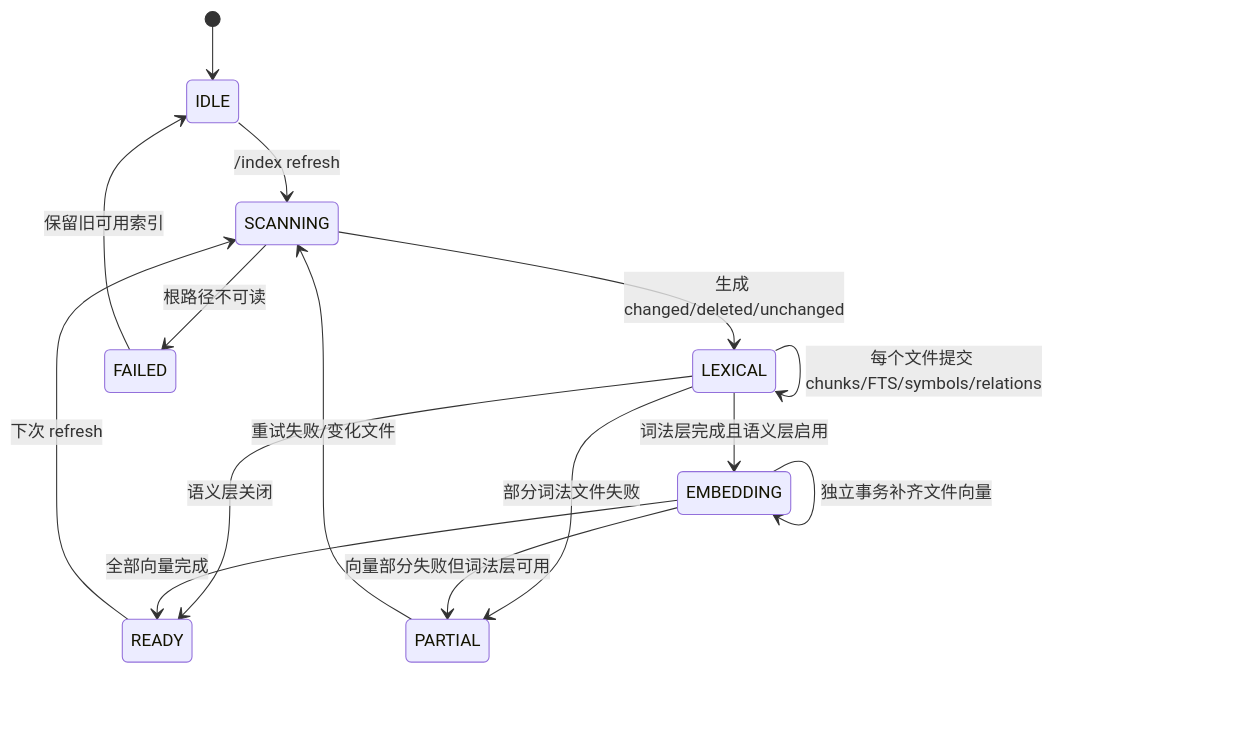
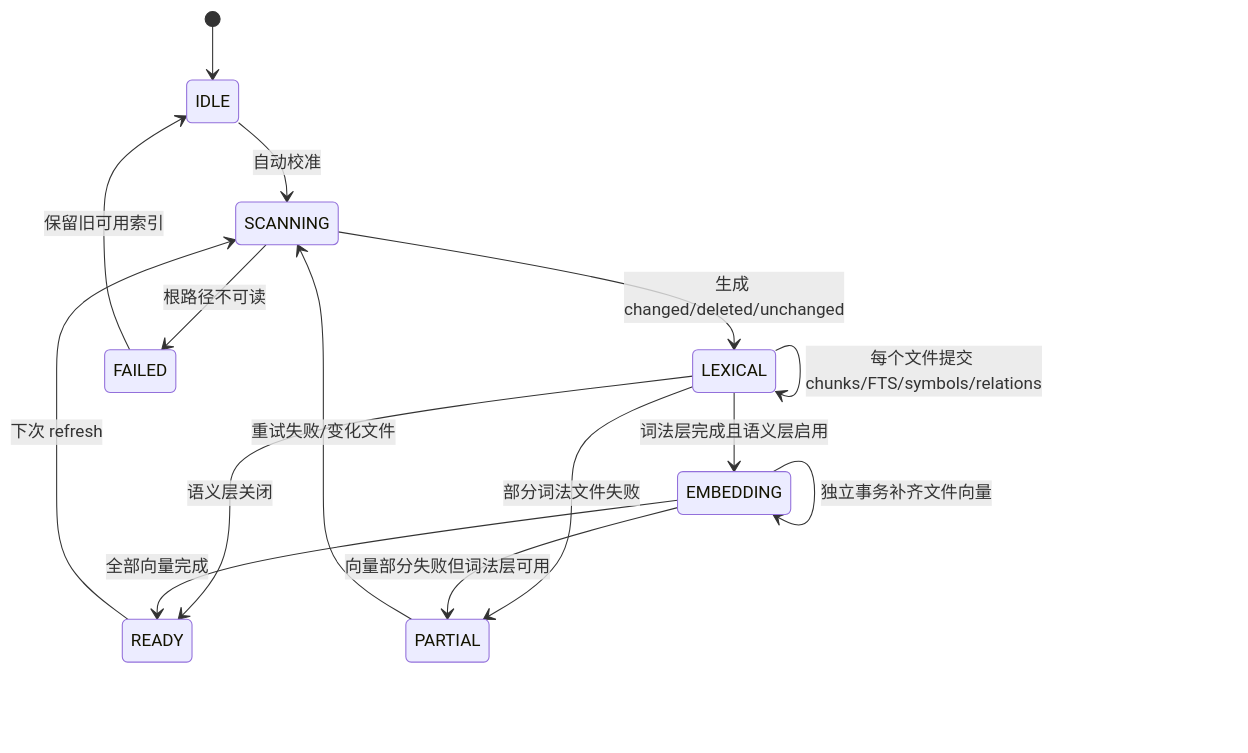
Before and after one commit to zgjdev/Code-Agent: the fourth of 4 diagrams in docs/dev/20-local-first-layered-retrieval-implementation-plan.md, drawn with Mermaid. The commit also changed other lines of this file and 24 other files, not shown here.

````diff
--- a/docs/dev/20-local-first-layered-retrieval-implementation-plan.md
+++ b/docs/dev/20-local-first-layered-retrieval-implementation-plan.md
@@ -466,17 +466,17 @@
 ```mermaid
 stateDiagram-v2
     [*] --> IDLE
-    IDLE --> SCANNING: /index refresh
+    IDLE --> SCANNING: 自动校准
     SCANNING --> LEXICAL: 生成 changed/deleted/unchanged
     LEXICAL --> LEXICAL: 每个文件提交 chunks/FTS/symbols/relations
     LEXICAL --> EMBEDDING: 词法层完成且语义层启用
     LEXICAL --> READY: 语义层关闭
     EMBEDDING --> EMBEDDING: 独立事务补齐文件向量
     EMBEDDING --> READY: 全部向量完成
     LEXICAL --> PARTIAL: 部分词法文件失败
     EMBEDDING --> PARTIAL: 向量部分失败但词法层可用
     SCANNING --> FAILED: 根路径不可读
     READY --> SCANNING: 下次 refresh
     PARTIAL --> SCANNING: 重试失败/变化文件
     FAILED --> IDLE: 保留旧可用索引
 ```
````
